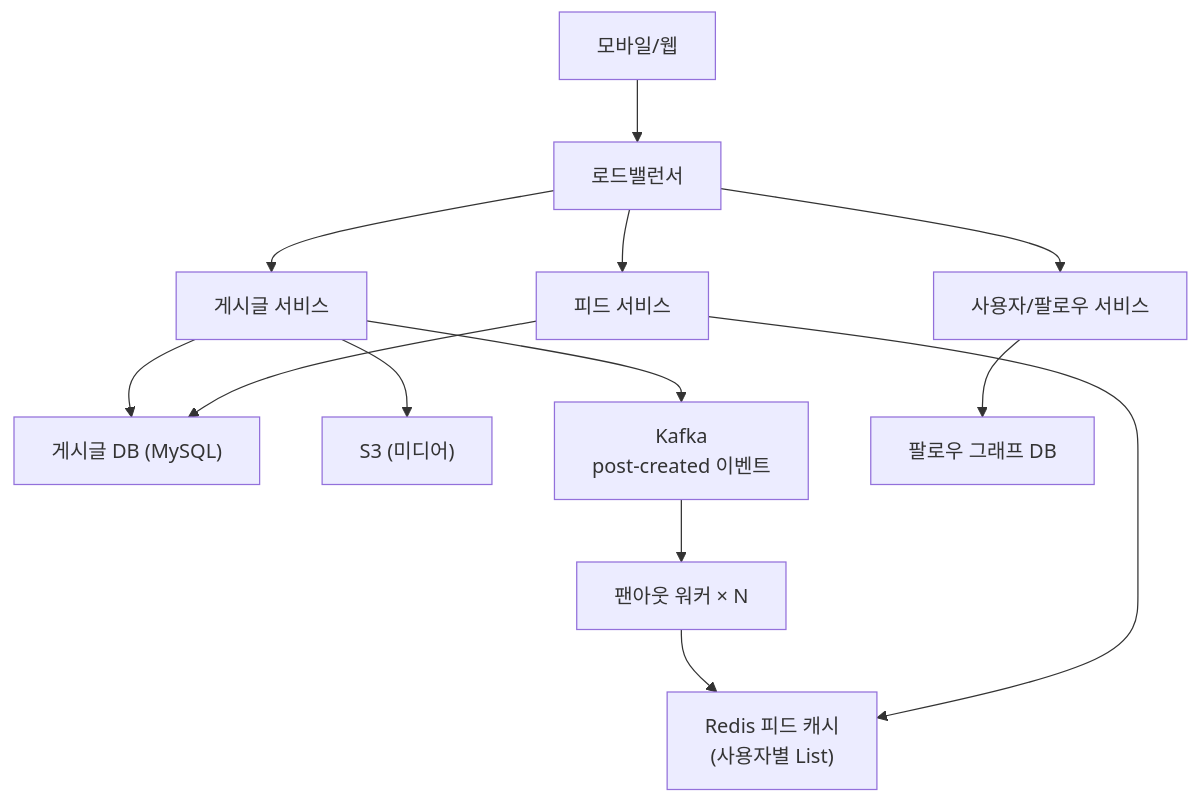
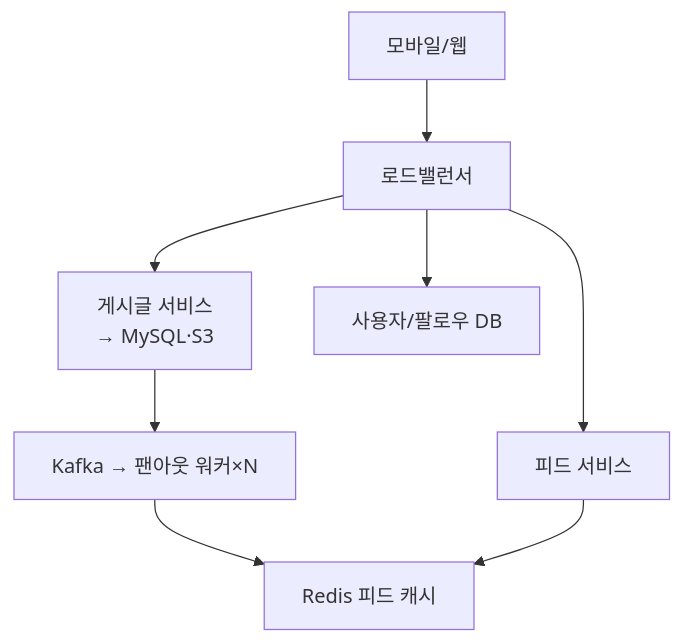
The fourth of 6 diagrams in _posts/systemdesign/2026-05-02-system-design-newsfeed.md (yjkim2015/yjkim2015.github.io), drawn with Mermaid before and after one commit. The commit also changed other lines of this file and 215 other files, not shown here.

First line of the commit message:
신규 포스트 10개 추가 + Mermaid 전면 축소 + SystemDesign 시리즈 보강

````diff
--- a/_posts/systemdesign/2026-05-02-system-design-newsfeed.md
+++ b/_posts/systemdesign/2026-05-02-system-design-newsfeed.md
@@ -111,18 +109,10 @@
 ```mermaid
 graph TD
     Client["모바일/웹"] --> LB["로드밸런서"]
-    LB --> PostSvc["게시글 서비스"]
+    LB --> PostSvc["게시글 서비스\n→ MySQL·S3"]
     LB --> FeedSvc["피드 서비스"]
-    LB --> UserSvc["사용자/팔로우 서비스"]
-
-    PostSvc --> PostDB["게시글 DB (MySQL)"]
-    PostSvc --> S3["S3 (미디어)"]
-    PostSvc --> Kafka["Kafka\npost-created 이벤트"]
-
-    Kafka --> FanoutWorker["팬아웃 워커 × N"]
-    FanoutWorker --> FeedCache["Redis 피드 캐시\n(사용자별 List)"]
-
+    LB --> UserSvc["사용자/팔로우 DB"]
+    PostSvc --> Kafka["Kafka → 팬아웃 워커×N"]
+    Kafka --> FeedCache["Redis 피드 캐시"]
     FeedSvc --> FeedCache
-    FeedSvc --> PostDB
-    UserSvc --> FollowDB["팔로우 그래프 DB"]
 ```
````
